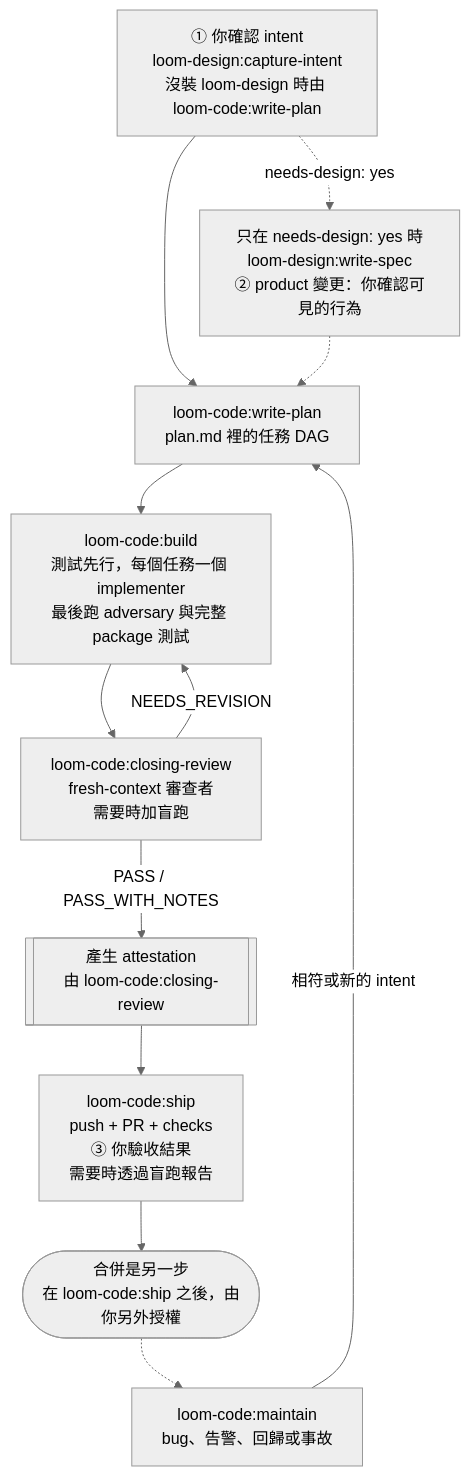
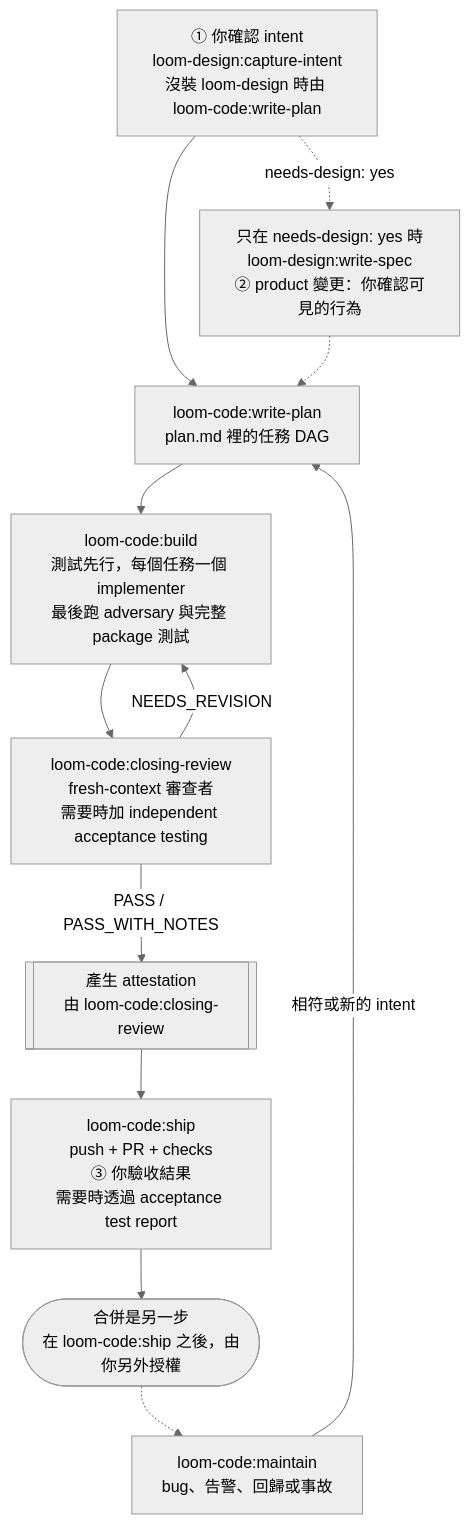
Before and after one commit to kouko/loom-plugins: the diagram in loom-code/README.zh-TW.md, drawn with Mermaid (neutral theme). The commit also changed other lines of this file and 161 other files, not shown here.

First line of the commit message:
refactor(loom): rename the blind run to independent acceptance testing (#46)

````diff
--- a/loom-code/README.zh-TW.md
+++ b/loom-code/README.zh-TW.md
@@ -17,24 +17,24 @@
 ```mermaid
 flowchart TD
     intent["① 你確認 intent<br/>loom-design:capture-intent<br/>沒裝 loom-design 時由 loom-code:write-plan"]
     spec["只在 needs-design: yes 時<br/>loom-design:write-spec<br/>② product 變更：你確認可見的行為"]
     plan["loom-code:write-plan<br/>plan.md 裡的任務 DAG"]
     build["loom-code:build<br/>測試先行，每個任務一個 implementer<br/>最後跑 adversary 與完整 package 測試"]
-    review["loom-code:closing-review<br/>fresh-context 審查者<br/>需要時加盲跑"]
+    review["loom-code:closing-review<br/>fresh-context 審查者<br/>需要時加 independent acceptance testing"]
     attest[["產生 attestation<br/>由 loom-code:closing-review"]]
-    ship["loom-code:ship<br/>push + PR + checks<br/>③ 你驗收結果<br/>需要時透過盲跑報告"]
+    ship["loom-code:ship<br/>push + PR + checks<br/>③ 你驗收結果<br/>需要時透過 acceptance test report"]
     merged(["合併是另一步<br/>在 loom-code:ship 之後，由你另外授權"])
     maintain["loom-code:maintain<br/>bug、告警、回歸或事故"]
 
     intent --> plan
     intent -.->|"needs-design: yes"| spec
     spec -.-> plan
     plan --> build
     build --> review
     review -->|"NEEDS_REVISION"| build
     review -->|"PASS / PASS_WITH_NOTES"| attest
     attest --> ship
     ship --> merged
     merged -.-> maintain
     maintain -->|"相符或新的 intent"| plan
 ```
````
